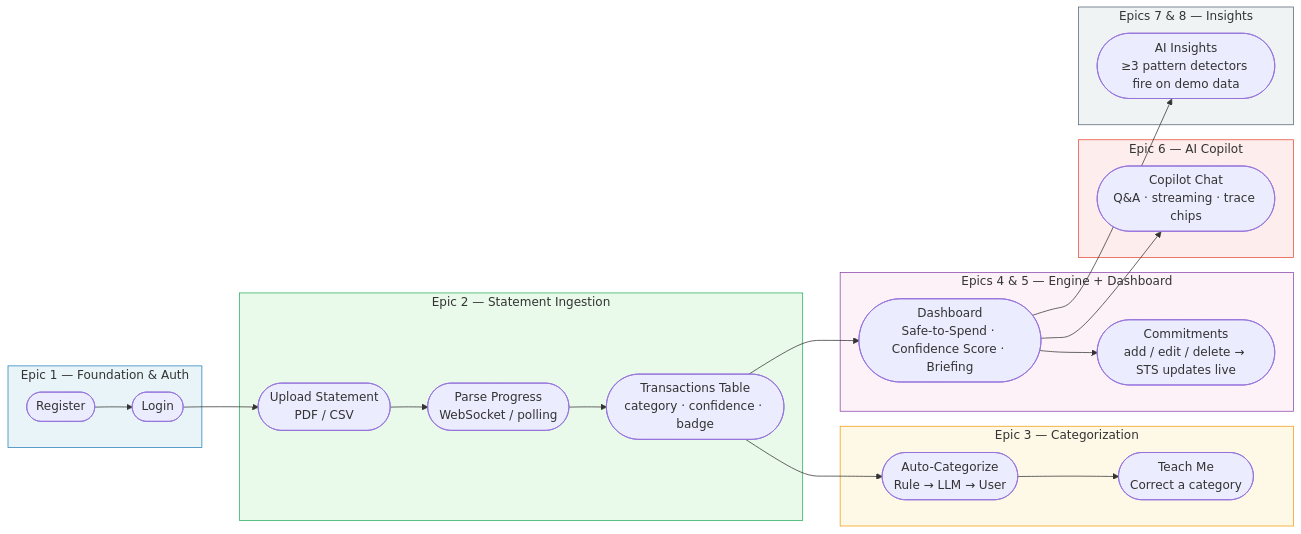
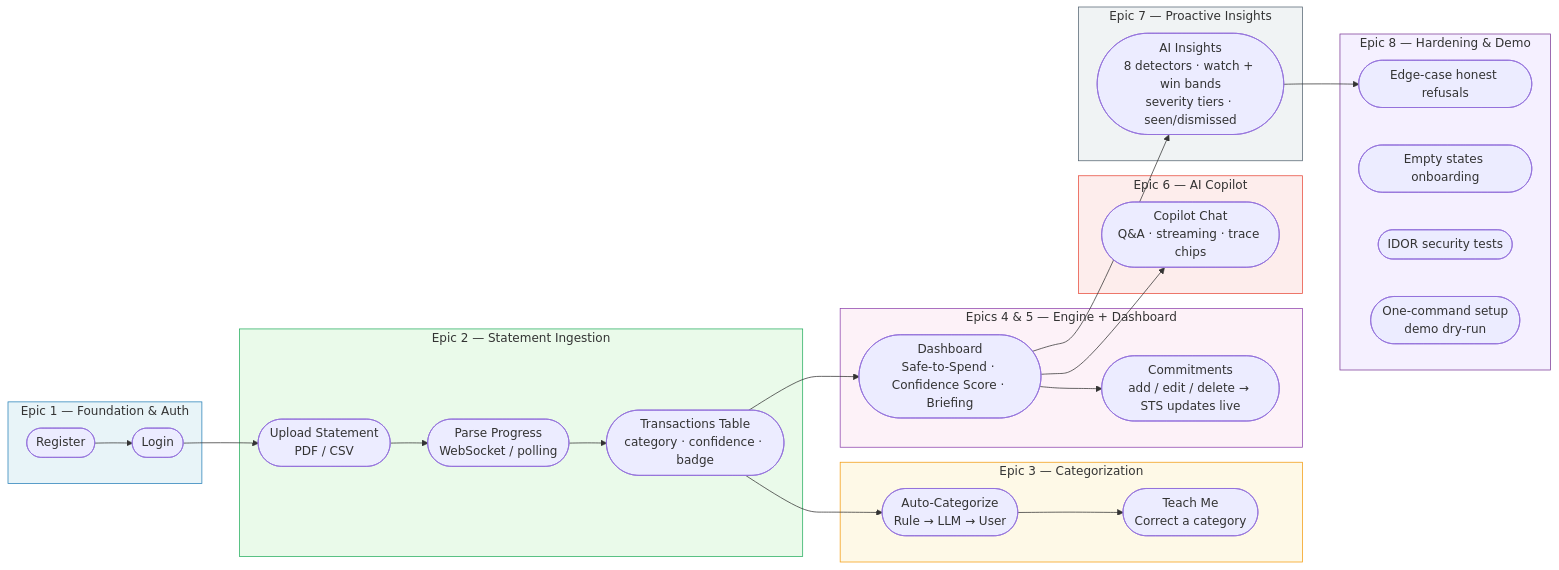
One commit to panchadir/AI-Powered-Personal-Finance-Analyzer changed the second of 10 diagrams in docs/diagrams.md. Above: the diagram before and after it, drawn with Mermaid. The commit also changed other lines of this file and 2 other files, not shown here.

Commit message:
confidenc and flowcharts changes

````diff
--- a/docs/diagrams.md
+++ b/docs/diagrams.md
@@ -84,44 +91,53 @@
 ```mermaid
 flowchart LR
     subgraph E1["Epic 1 — Foundation & Auth"]
         S1([Register])
         S2([Login])
     end
 
     subgraph E2["Epic 2 — Statement Ingestion"]
         S3([Upload Statement\nPDF / CSV])
         S4([Parse Progress\nWebSocket / polling])
         S5([Transactions Table\ncategory · confidence · badge])
     end
 
     subgraph E3["Epic 3 — Categorization"]
         S6([Auto-Categorize\nRule → LLM → User])
         S7([Teach Me\nCorrect a category])
     end
 
     subgraph E4_E5["Epics 4 & 5 — Engine + Dashboard"]
         S8([Dashboard\nSafe-to-Spend · Confidence Score · Briefing])
         S9([Commitments\nadd / edit / delete → STS updates live])
     end
 
     subgraph E6["Epic 6 — AI Copilot"]
         S10([Copilot Chat\nQ&A · streaming · trace chips])
     end
 
-    subgraph E7_E8["Epics 7 & 8 — Insights"]
-        S11([AI Insights\n≥3 pattern detectors fire on demo data])
+    subgraph E7["Epic 7 — Proactive Insights"]
+        S11([AI Insights\n8 detectors · watch + win bands\nseverity tiers · seen/dismissed])
+    end
+
+    subgraph E8["Epic 8 — Hardening & Demo"]
+        S12([Edge-case honest refusals])
+        S13([Empty states onboarding])
+        S14([IDOR security tests])
+        S15([One-command setup\ndemo dry-run])
     end
 
     S1 --> S2 --> S3 --> S4 --> S5
     S5 --> S6 --> S7
     S5 --> S8 --> S9
     S8 --> S10
     S8 --> S11
+    S11 --> S12
 
     style E1 fill:#e8f4f8,stroke:#2980b9
     style E2 fill:#eafaea,stroke:#27ae60
     style E3 fill:#fef9e7,stroke:#f39c12
     style E4_E5 fill:#fdf2f8,stroke:#8e44ad
     style E6 fill:#fdedec,stroke:#e74c3c
-    style E7_E8 fill:#f0f3f4,stroke:#566573
+    style E7 fill:#f0f3f4,stroke:#566573
+    style E8 fill:#f5f0ff,stroke:#7d3c98
 ```
````
